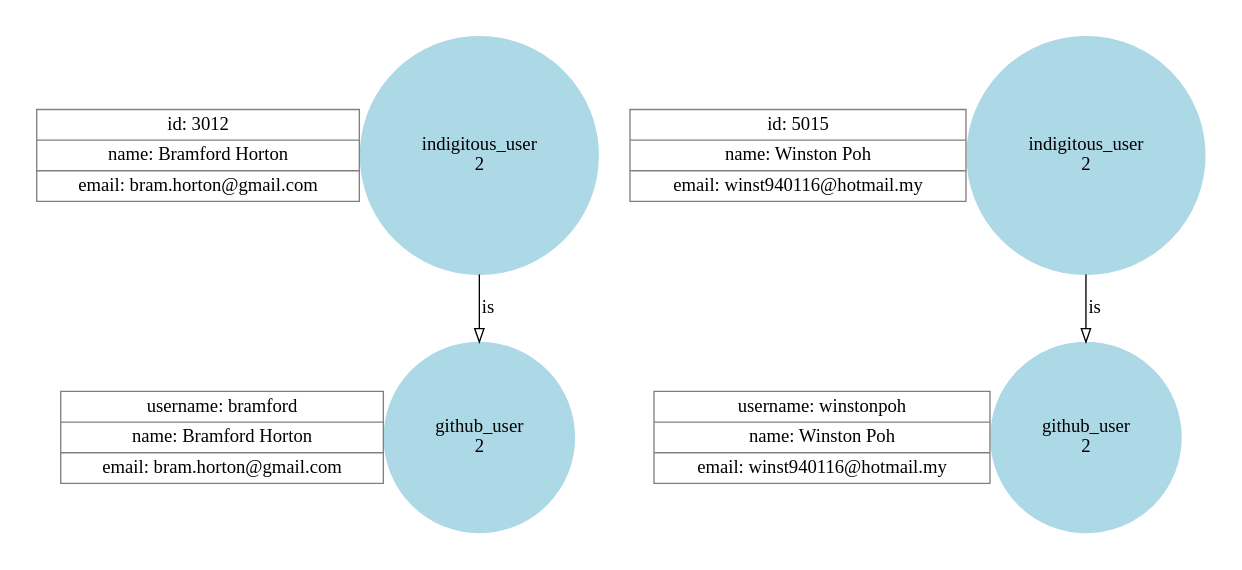
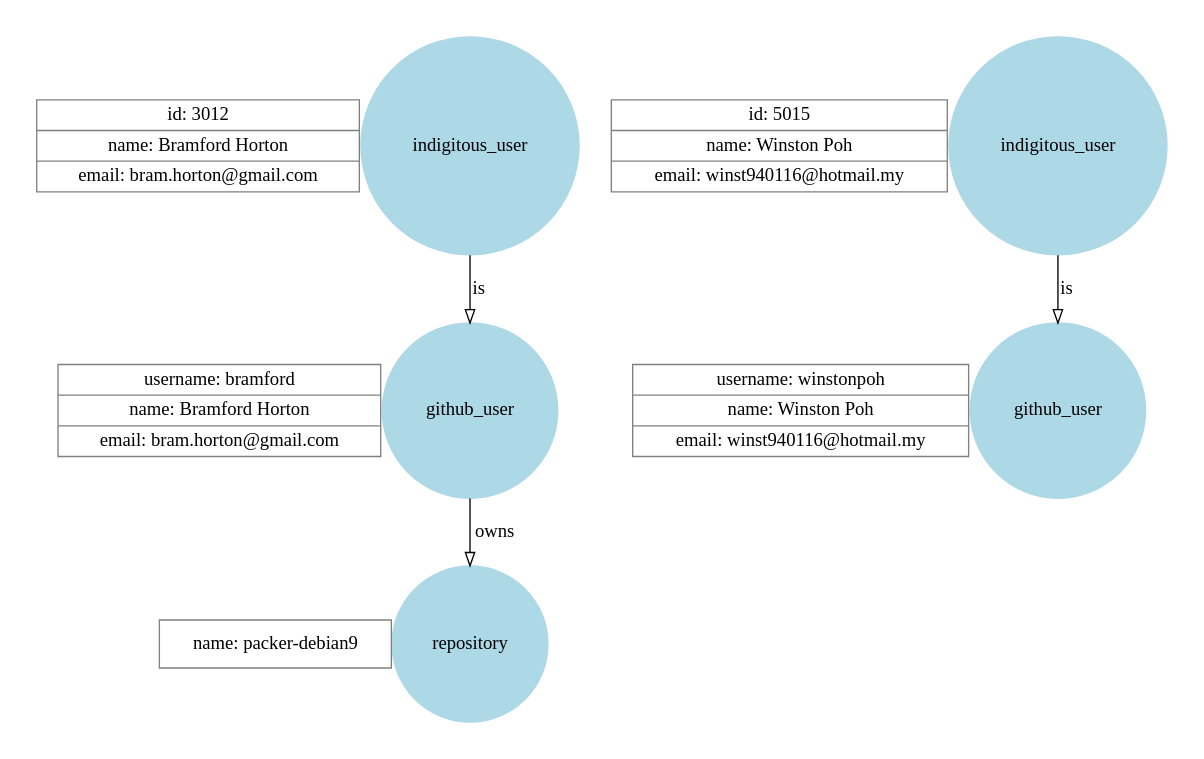
One commit to indigitous-akl/hack-2019-project changed the diagram in schema.dot. Above: the diagram before and after it, drawn with Graphviz. The commit also changed 2 other files, not shown here.

Commit message:
Add repository data/schema

```diff
--- a/schema.dot
+++ b/schema.dot
@@ -1,44 +1,50 @@
 
 graph G {
 
     node [
         shape=circle
         color=grey
         fontsize=14
     ]
 
     graph [
         style=invis
         nodesep=0
     ]
 
     subgraph cluster_1000 {
-        indigitous_user_bramford_horton [label="indigitous_user\n2" style=filled color=lightblue]
+        indigitous_user_bramford_horton [label="indigitous_user" style=filled color=lightblue]
         indigitous_user_bramford_horton_properties [shape=record label="{id: 3012|name: Bramford Horton|email: bram.horton@gmail.com}"]
     }
 
     subgraph cluster_1001 {
-        indigitous_user_winston_poh [label="indigitous_user\n2" style=filled color=lightblue]
+        indigitous_user_winston_poh [label="indigitous_user" style=filled color=lightblue]
         indigitous_user_winston_poh_properties [shape=record label="{id: 5015|name: Winston Poh|email: winst940116@hotmail.my}"]
     }
 
     subgraph cluster_2000 {
-        github_user_bramford_horton [label="github_user\n2" style=filled color=lightblue]
-        github_user_bramford_horton_properties [shape=record label="{username: bramford|name: Bramford Horton|email: bram.horton@gmail.com}"]
+        github_user_bramford [label="github_user" style=filled color=lightblue]
+        github_user_bramford_properties [shape=record label="{username: bramford|name: Bramford Horton|email: bram.horton@gmail.com}"]
     }
 
     subgraph cluster_2001 {
-        github_user_winston_poh [label="github_user\n2" style=filled color=lightblue]
-        github_user_winston_poh_properties [shape=record label="{username: winstonpoh|name: Winston Poh|email: winst940116@hotmail.my}"]
+        github_user_winstonpoh [label="github_user" style=filled color=lightblue]
+        github_user_winstonpoh_properties [shape=record label="{username: winstonpoh|name: Winston Poh|email: winst940116@hotmail.my}"]
+    }
+
+    subgraph cluster_3001 {
+        repository_bramford_packerdebian9 [label="repository" style=filled color=lightblue]
+        repository_bramford_packerdebian9_properties [shape=record label="{name: packer-debian9}"]
     }
 
     {
         edge [
             fontsize=14
             dir=forward
         ]
 
-        indigitous_user_bramford_horton -- github_user_bramford_horton [label="is" arrowhead=empty]
-        indigitous_user_winston_poh -- github_user_winston_poh [label="is" arrowhead=empty]
+        indigitous_user_bramford_horton -- github_user_bramford [label="is" arrowhead=empty]
+        indigitous_user_winston_poh -- github_user_winstonpoh [label="is" arrowhead=empty]
+        github_user_bramford -- repository_bramford_packerdebian9 [label="owns" arrowhead=empty]
     }
 }
```
